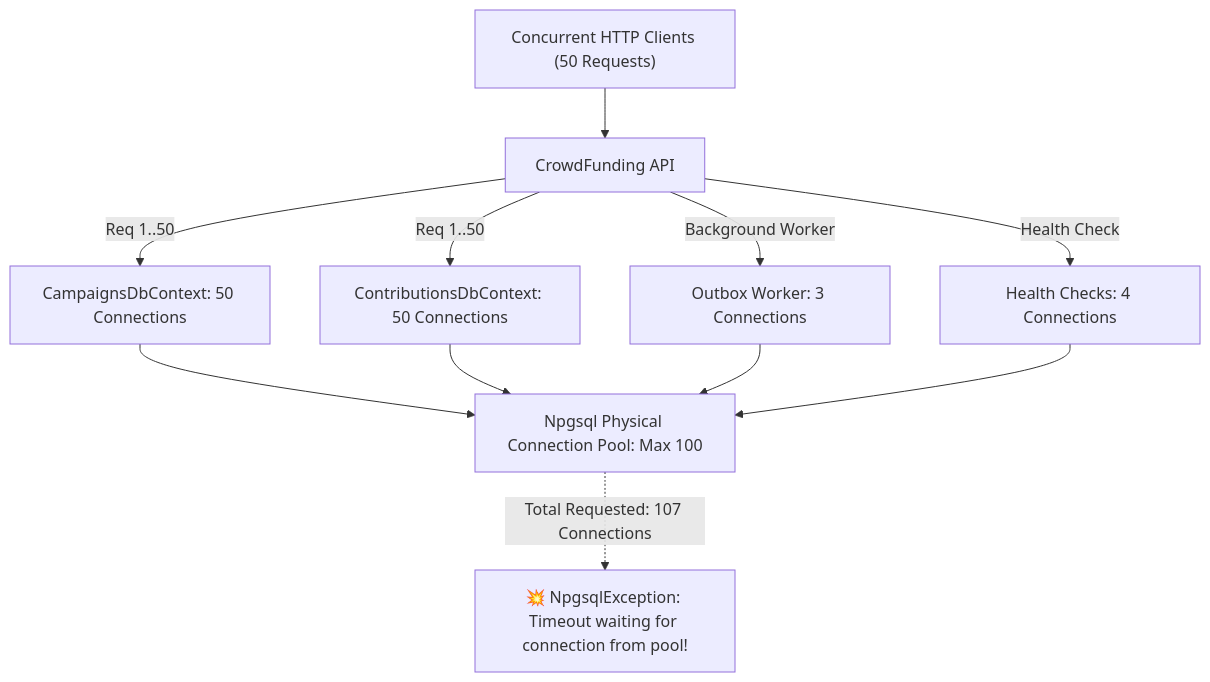
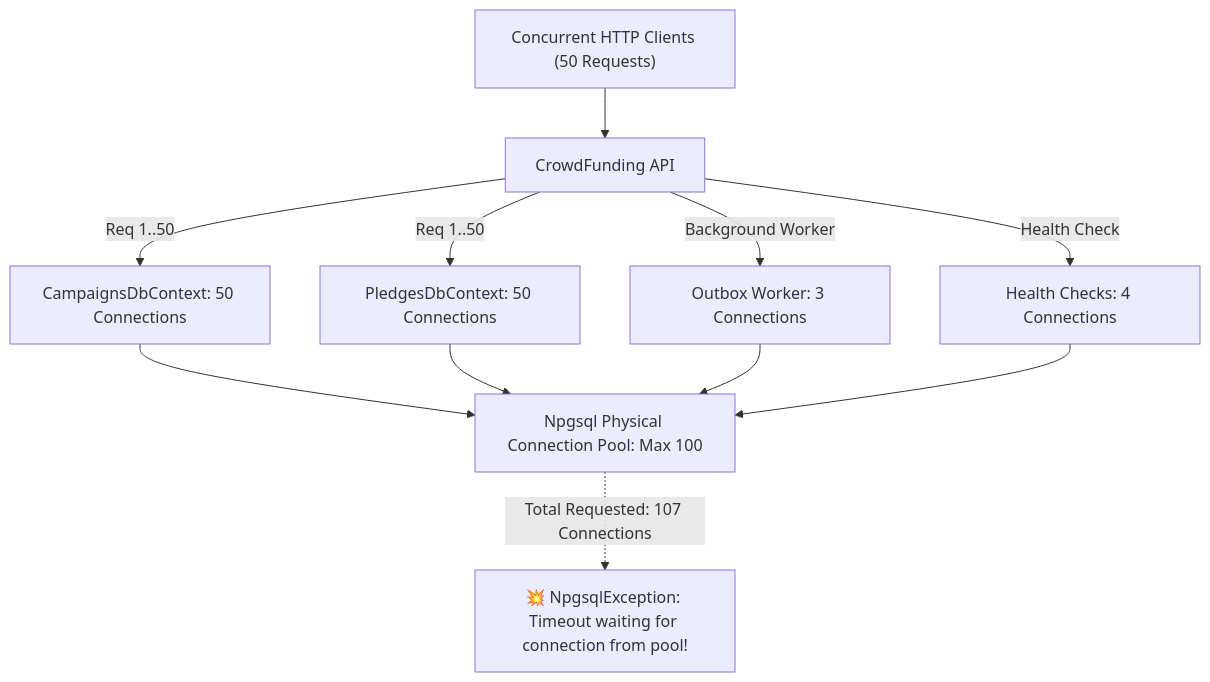
Before and after one commit to maysamgamini/crowdfundinghub: the fourth of 6 diagrams in docs/PLATFORM_SHORTCOMINGS.md, drawn with Mermaid. The commit also changed other lines of this file and 571 other files, not shown here.

````diff
--- a/docs/PLATFORM_SHORTCOMINGS.md
+++ b/docs/PLATFORM_SHORTCOMINGS.md
@@ -419,15 +419,15 @@
 ```mermaid
 graph TD
     Client["Concurrent HTTP Clients (50 Requests)"] --> API[CrowdFunding API]
     API -->|Req 1..50| ConnCamp[CampaignsDbContext: 50 Connections]
-    API -->|Req 1..50| ConnContrib[ContributionsDbContext: 50 Connections]
+    API -->|Req 1..50| ConnContrib[PledgesDbContext: 50 Connections]
     API -->|Background Worker| ConnWorker[Outbox Worker: 3 Connections]
     API -->|Health Check| ConnHealth[Health Checks: 4 Connections]
     
     ConnCamp --> Pool[Npgsql Physical Connection Pool: Max 100]
     ConnContrib --> Pool
     ConnWorker --> Pool
     ConnHealth --> Pool
     
     Pool -.->|Total Requested: 107 Connections| Exhaustion["💥 NpgsqlException: Timeout waiting for connection from pool!"]
 ```
````
